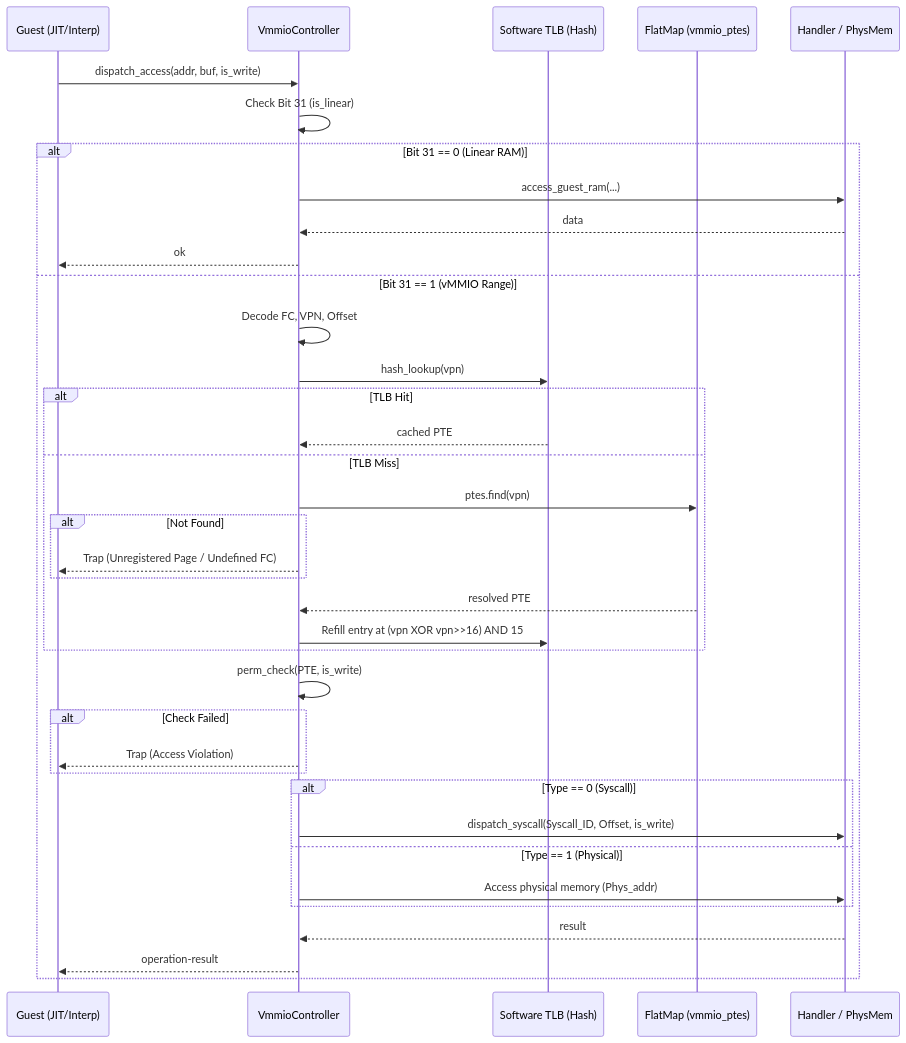
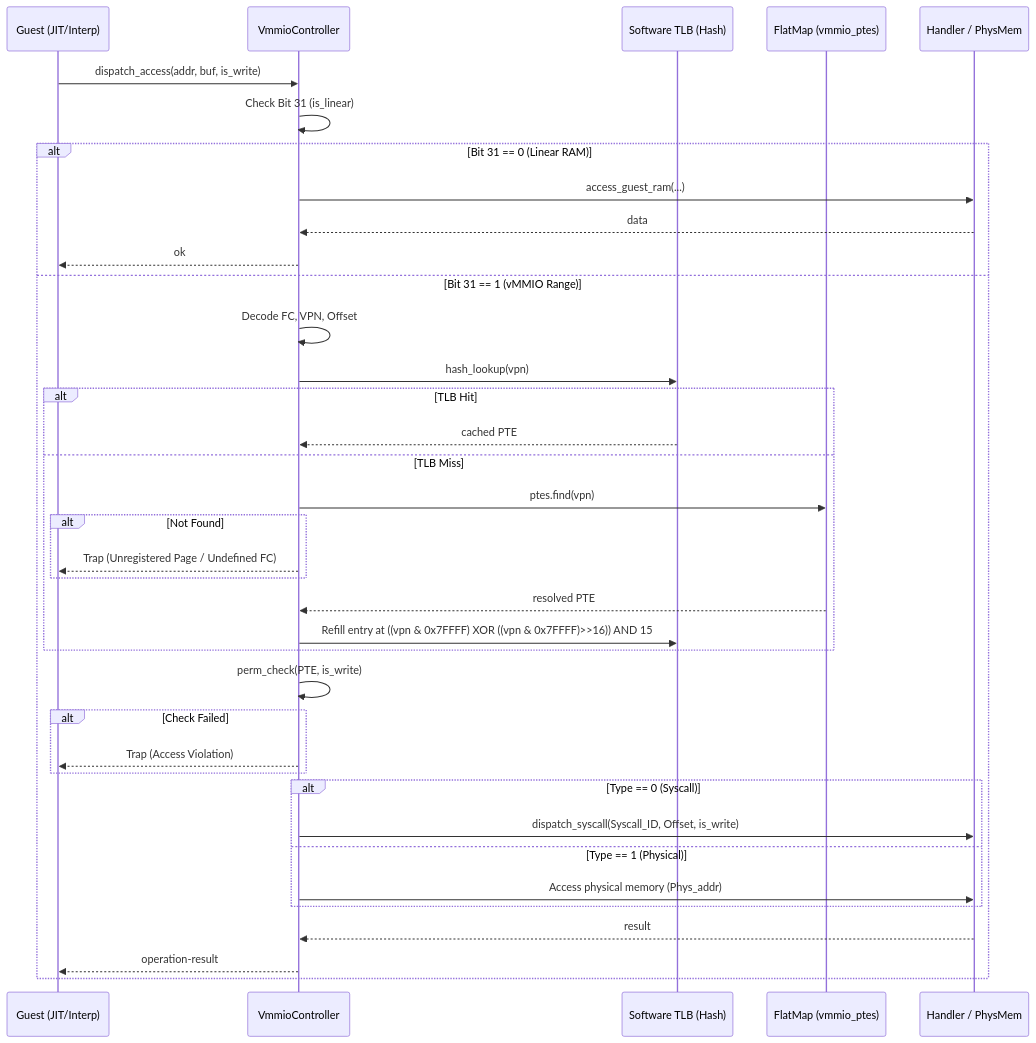
One commit to kmt-t/fireball changed the second of 3 diagrams in docs/components/tier2_runtime/runtime_vmmio.md. Above: the diagram before and after it, drawn with Mermaid. The commit also changed other lines of this file and 4 other files, not shown here.

````diff
--- a/docs/components/tier2_runtime/runtime_vmmio.md
+++ b/docs/components/tier2_runtime/runtime_vmmio.md
@@ -236,42 +241,42 @@
 ```mermaid
 sequenceDiagram
     participant G as Guest (JIT/Interp)
     participant C as VmmioController
     participant T as Software TLB (Hash)
     participant F as FlatMap (vmmio_ptes)
     participant H as Handler / PhysMem
 
     G->>C: dispatch_access(addr, buf, is_write)
     C->>C: Check Bit 31 (is_linear)
     alt Bit 31 == 0 (Linear RAM)
         C->>H: access_guest_ram(...)
         H-->>C: data
         C-->>G: ok
     else Bit 31 == 1 (vMMIO Range)
         C->>C: Decode FC, VPN, Offset
         C->>T: hash_lookup(vpn)
         alt TLB Hit
             T-->>C: cached PTE
         else TLB Miss
             C->>F: ptes.find(vpn)
             alt Not Found
                 C-->>G: Trap (Unregistered Page / Undefined FC)
             end
             F-->>C: resolved PTE
-            C->>T: Refill entry at (vpn XOR vpn>>16) AND 15
+            C->>T: Refill entry at ((vpn & 0x7FFFF) XOR ((vpn & 0x7FFFF)>>16)) AND 15
         end
 
         C->>C: perm_check(PTE, is_write)
         alt Check Failed
             C-->>G: Trap (Access Violation)
         end
 
         alt Type == 0 (Syscall)
             C->>H: dispatch_syscall(Syscall_ID, Offset, is_write)
         else Type == 1 (Physical)
             C->>H: Access physical memory (Phys_addr)
         end
         H-->>C: result
         C-->>G: operation-result
     end
 ```
````
